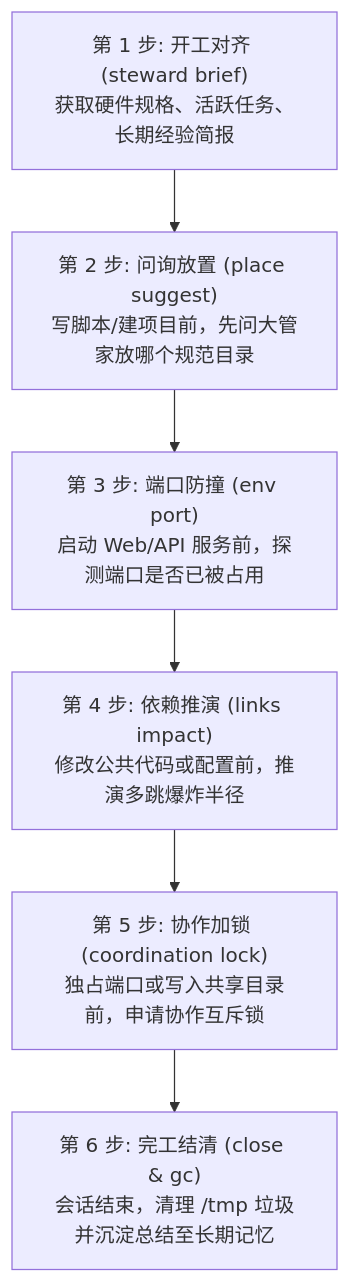
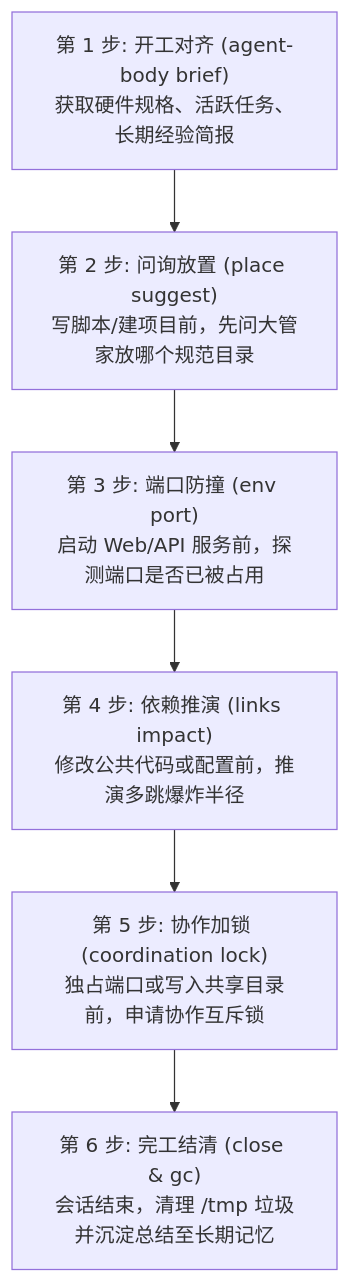
The second of 2 diagrams in docs/arch/03-for-users.md (digoal/agent-body), drawn with Mermaid before and after one commit. The commit also changed other lines of this file and 181 other files, not shown here.

Commit message:
chore(release): complete Phase 56 architecture governance & Phase 57 v1.0.0 GA

````diff
--- a/docs/arch/03-for-users.md
+++ b/docs/arch/03-for-users.md
@@ -31,8 +31,8 @@
 ```mermaid
 flowchart TD
-    S1["第 1 步: 开工对齐 (steward brief)<br>获取硬件规格、活跃任务、长期经验简报"] --> S2["第 2 步: 问询放置 (place suggest)<br>写脚本/建项目前，先问大管家放哪个规范目录"]
+    S1["第 1 步: 开工对齐 (agent-body brief)<br>获取硬件规格、活跃任务、长期经验简报"] --> S2["第 2 步: 问询放置 (place suggest)<br>写脚本/建项目前，先问大管家放哪个规范目录"]
     S2 --> S3["第 3 步: 端口防撞 (env port)<br>启动 Web/API 服务前，探测端口是否已被占用"]
     S3 --> S4["第 4 步: 依赖推演 (links impact)<br>修改公共代码或配置前，推演多跳爆炸半径"]
     S4 --> S5["第 5 步: 协作加锁 (coordination lock)<br>独占端口或写入共享目录前，申请协作互斥锁"]
     S5 --> S6["第 6 步: 完工结清 (close & gc)<br>会话结束，清理 /tmp 垃圾并沉淀总结至长期记忆"]
 ```
````
